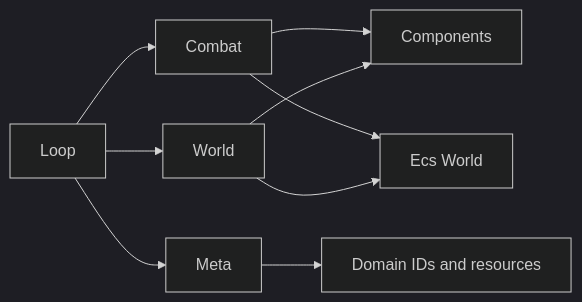
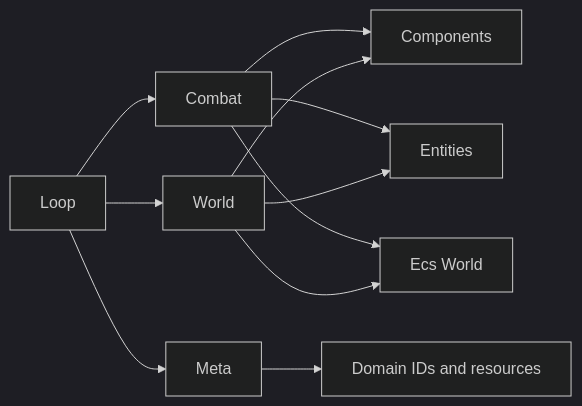
Before and after one commit to pabloordonez/monogame-ship-incremental: the first of 3 diagrams in src/ShipGame.Gameplay/README.md, drawn with Mermaid (dark theme). The commit also changed other lines of this file and 259 other files, not shown here.

````diff
--- a/src/ShipGame.Gameplay/README.md
+++ b/src/ShipGame.Gameplay/README.md
@@ -7,11 +7,13 @@
 ```mermaid
 flowchart LR
   Loop --> Combat
   Loop --> World
   Loop --> Meta
   Combat --> Components
   World --> Components
+  Combat --> Entities
+  World --> Entities
   Meta --> DomainIds[Domain IDs and resources]
   Combat --> EcsWorld[Ecs World]
   World --> EcsWorld
 ```
````
